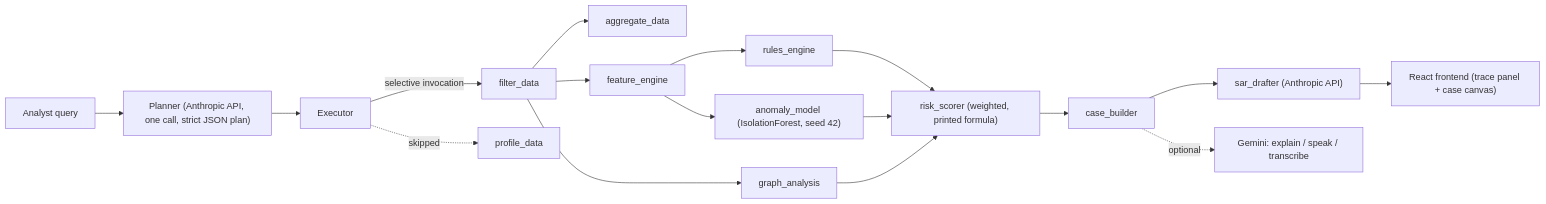
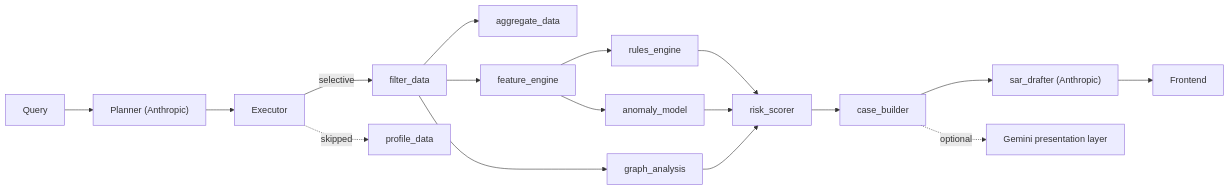
The second of 2 diagrams in README.md (keshavdadhichb/caseline), drawn with Mermaid before and after one commit. The commit also changed other lines of this file, not shown here.

````diff
--- a/README.md
+++ b/README.md
@@ -112,19 +233,19 @@
 ```mermaid
 flowchart LR
-    U[Analyst query] --> P["Planner (Anthropic API, one call, strict JSON plan)"]
+    U[Query] --> P["Planner (Anthropic)"]
     P --> E[Executor]
-    E -->|selective invocation| T1[filter_data]
+    E -->|selective| T1[filter_data]
     E -.skipped.-> T2[profile_data]
     T1 --> T3[aggregate_data]
     T1 --> T4[feature_engine]
     T4 --> T5[rules_engine]
-    T4 --> T6["anomaly_model (IsolationForest, seed 42)"]
+    T4 --> T6[anomaly_model]
     T1 --> T7[graph_analysis]
-    T5 --> T8["risk_scorer (weighted, printed formula)"]
+    T5 --> T8[risk_scorer]
     T6 --> T8
     T7 --> T8
     T8 --> T9[case_builder]
-    T9 --> T10["sar_drafter (Anthropic API)"]
-    T10 --> UI["React frontend (trace panel + case canvas)"]
-    T9 -.optional.-> G["Gemini: explain / speak / transcribe"]
+    T9 --> T10["sar_drafter (Anthropic)"]
+    T10 --> UI[Frontend]
+    T9 -.optional.-> G[Gemini presentation layer]
 ```
````
